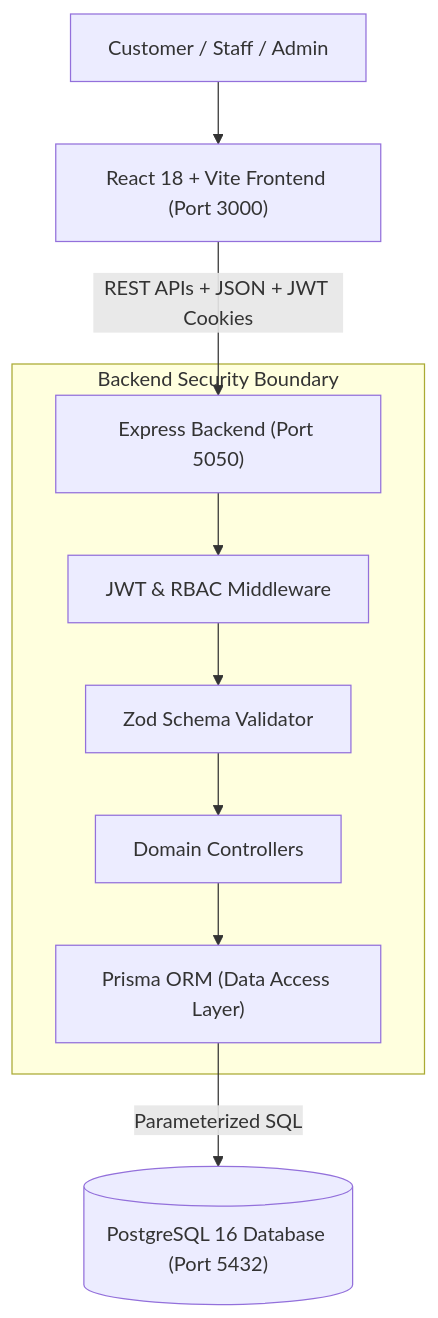
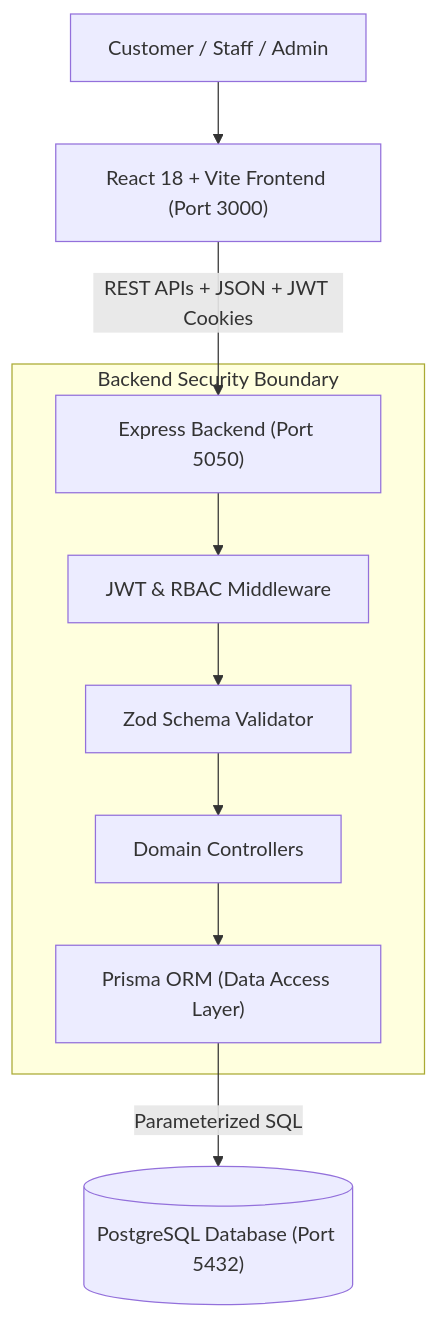
The first of 2 diagrams in Task2-Restaurant-Ordering/docs/LEARNING_GUIDE.md (srisnigdha-08/CodSoft-Internship), drawn with Mermaid before and after one commit. The commit also changed other lines of this file and 69 other files, not shown here.

````diff
--- a/Task2-Restaurant-Ordering/docs/LEARNING_GUIDE.md
+++ b/Task2-Restaurant-Ordering/docs/LEARNING_GUIDE.md
@@ -28,14 +28,14 @@
 ```mermaid
 flowchart TD
     User["Customer / Staff / Admin"] --> Client["React 18 + Vite Frontend (Port 3000)"]
     Client -->|"REST APIs + JSON + JWT Cookies"| API["Express Backend (Port 5050)"]
     
     subgraph Backend_Security_Boundary["Backend Security Boundary"]
         API --> AuthGuard["JWT & RBAC Middleware"]
         AuthGuard --> ZodValidate["Zod Schema Validator"]
         ZodValidate --> Controllers["Domain Controllers"]
         Controllers --> Prisma["Prisma ORM (Data Access Layer)"]
     end
     
-    Prisma -->|"Parameterized SQL"| DB[("PostgreSQL 16 Database (Port 5432)")]
+    Prisma -->|"Parameterized SQL"| DB[("PostgreSQL Database (Port 5432)")]
 ```
````
